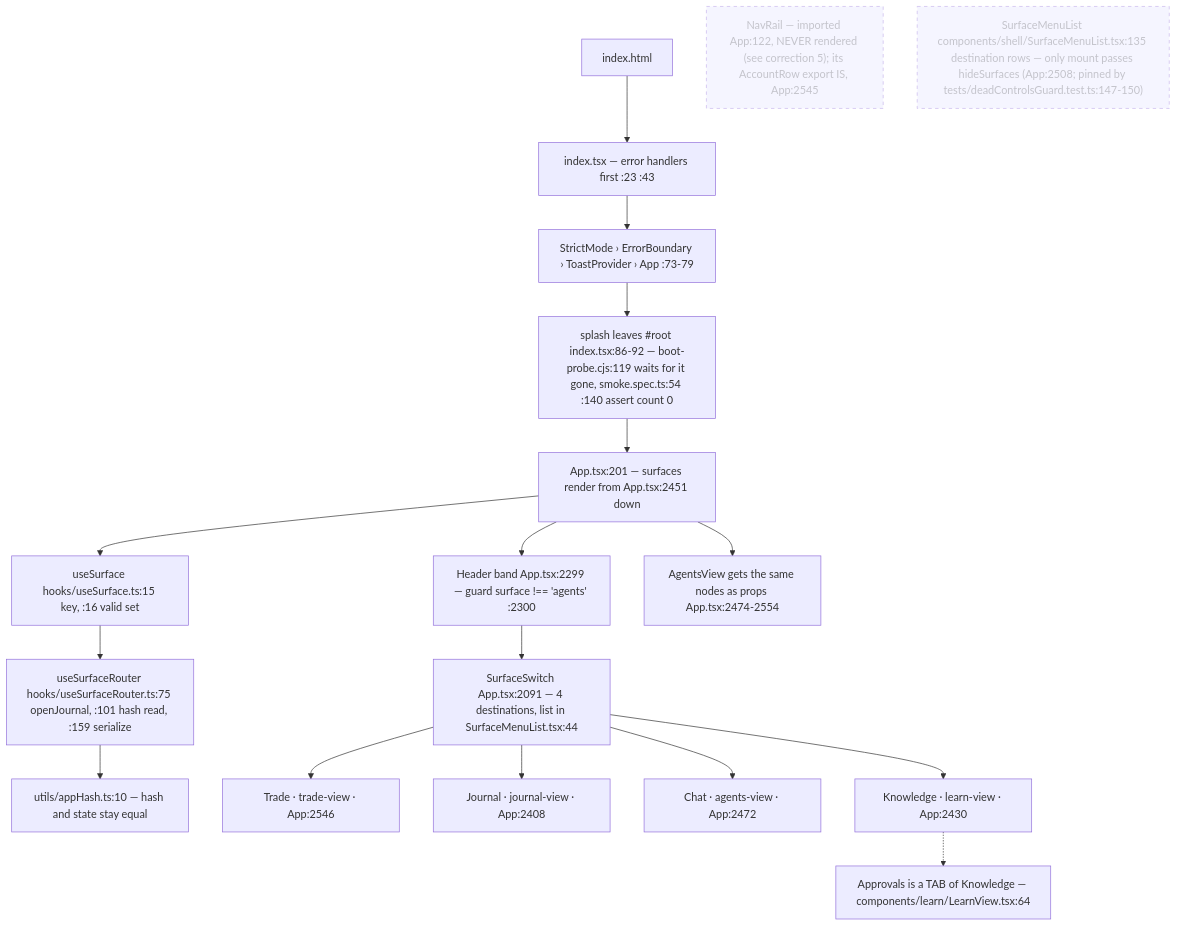
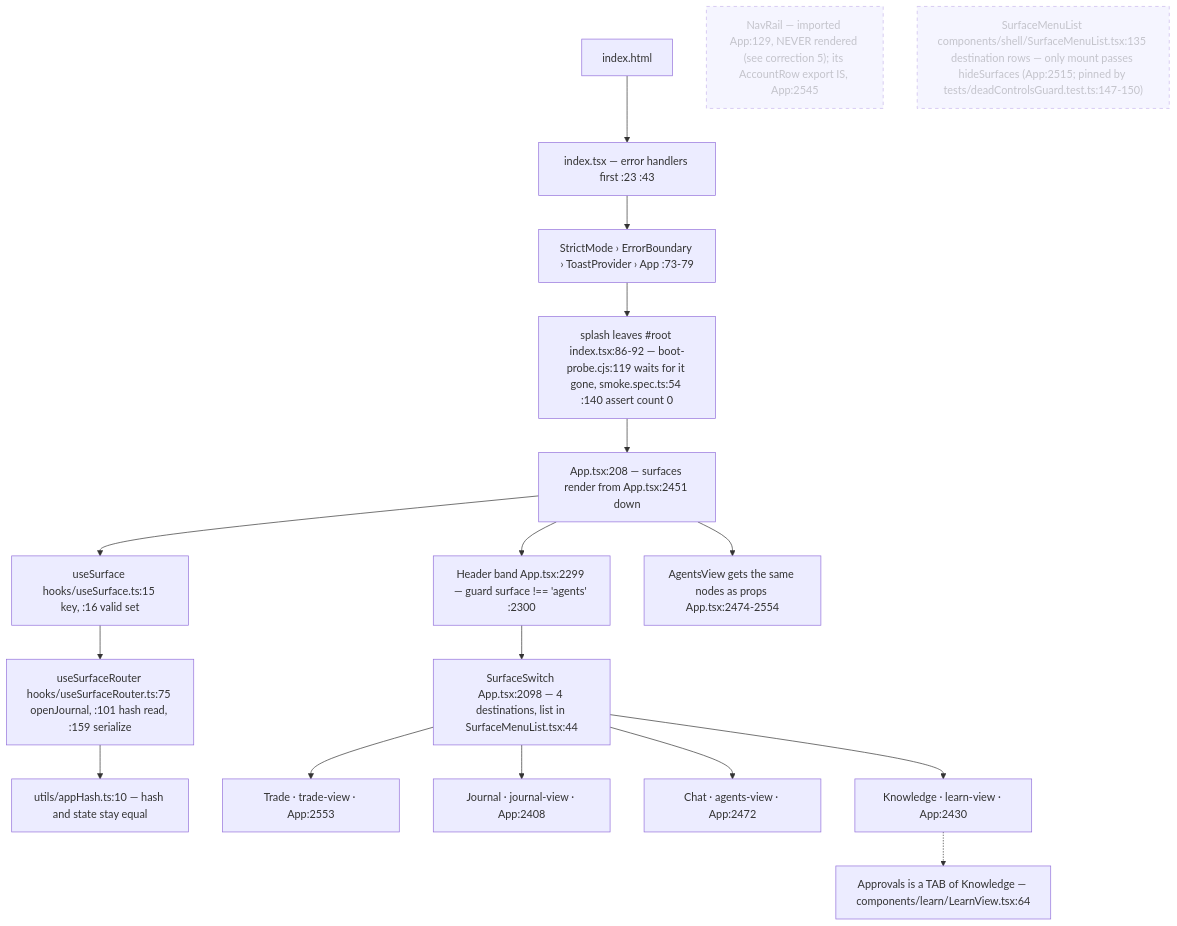
The first of 7 diagrams in docs/app-flow.md (Acepay25/august-3.5), drawn with Mermaid before and after one commit. The commit also changed other lines of this file and 35 other files, not shown here.

````diff
--- a/docs/app-flow.md
+++ b/docs/app-flow.md
@@ -32,21 +32,21 @@
 ```mermaid
 flowchart TD
     H["index.html"] --> I["index.tsx — error handlers first :23 :43"]
     I --> S["StrictMode › ErrorBoundary › ToastProvider › App :73-79"]
     S --> SP["splash leaves #root index.tsx:86-92 — boot-probe.cjs:119 waits for it gone, smoke.spec.ts:54 :140 assert count 0"]
-    SP --> APP["App.tsx:201 — surfaces render from App.tsx:2451 down"]
+    SP --> APP["App.tsx:208 — surfaces render from App.tsx:2451 down"]
     APP --> US["useSurface hooks/useSurface.ts:15 key, :16 valid set"]
     US --> UR["useSurfaceRouter hooks/useSurfaceRouter.ts:75 openJournal, :101 hash read, :159 serialize"]
     UR --> HASH["utils/appHash.ts:10 — hash and state stay equal"]
     APP --> HD["Header band App.tsx:2299 — guard surface !== 'agents' :2300"]
-    HD --> SW["SurfaceSwitch App.tsx:2091 — 4 destinations, list in SurfaceMenuList.tsx:44"]
+    HD --> SW["SurfaceSwitch App.tsx:2098 — 4 destinations, list in SurfaceMenuList.tsx:44"]
     APP --> AV["AgentsView gets the same nodes as props App.tsx:2474-2554"]
-    SW --> T["Trade · trade-view · App:2546"]
+    SW --> T["Trade · trade-view · App:2553"]
     SW --> J["Journal · journal-view · App:2408"]
     SW --> C["Chat · agents-view · App:2472"]
     SW --> K["Knowledge · learn-view · App:2430"]
     K -.-> AP["Approvals is a TAB of Knowledge — components/learn/LearnView.tsx:64"]
-    NR["NavRail — imported App:122, NEVER rendered (see correction 5); its AccountRow export IS, App:2545"]:::dead
-    SM["SurfaceMenuList components/shell/SurfaceMenuList.tsx:135 destination rows — only mount passes hideSurfaces (App:2508; pinned by tests/deadControlsGuard.test.ts:147-150)"]:::dead
+    NR["NavRail — imported App:129, NEVER rendered (see correction 5); its AccountRow export IS, App:2545"]:::dead
+    SM["SurfaceMenuList components/shell/SurfaceMenuList.tsx:135 destination rows — only mount passes hideSurfaces (App:2515; pinned by tests/deadControlsGuard.test.ts:147-150)"]:::dead
     classDef dead stroke-dasharray: 5 5,opacity:.5
 ```
````
